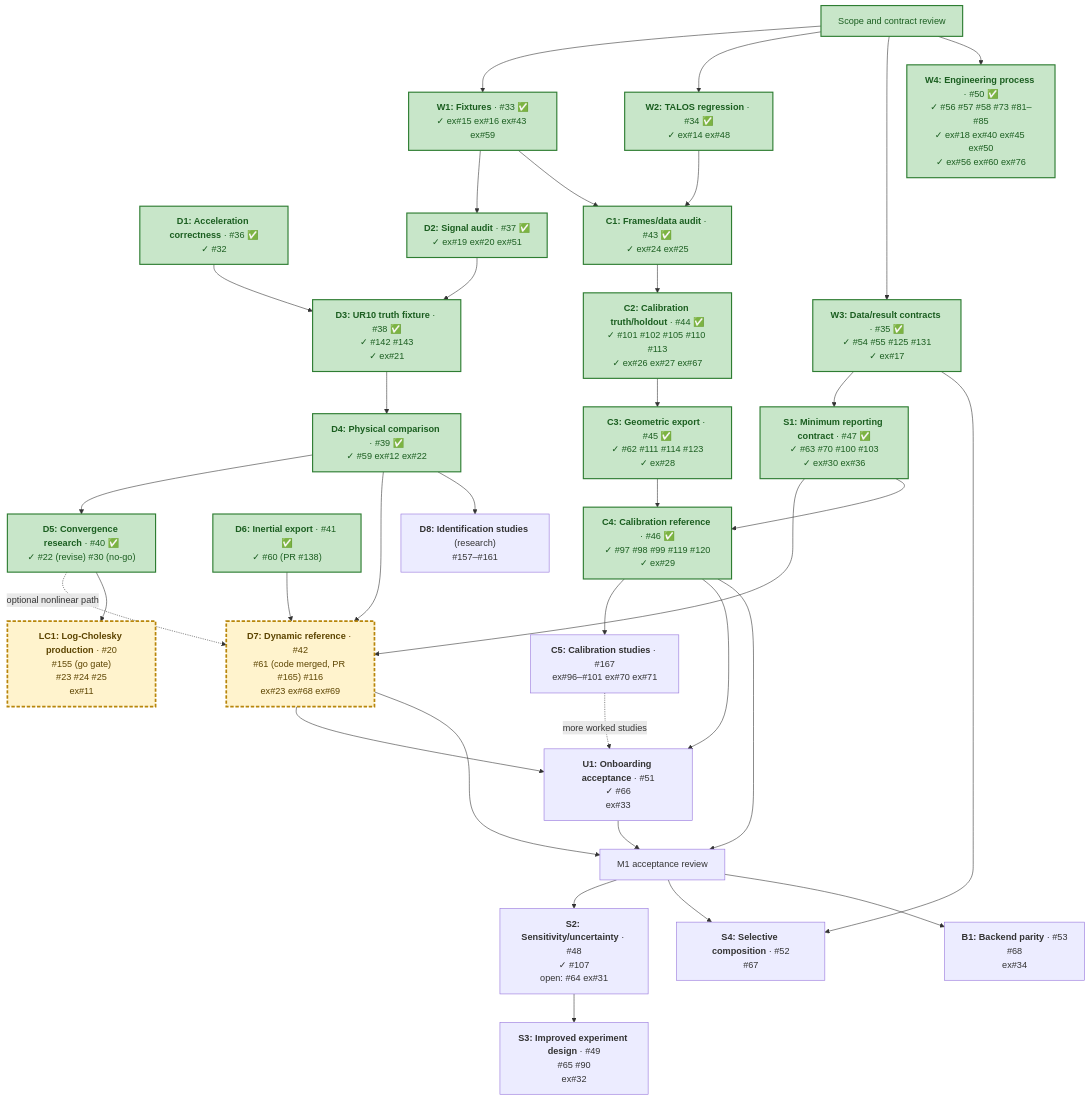
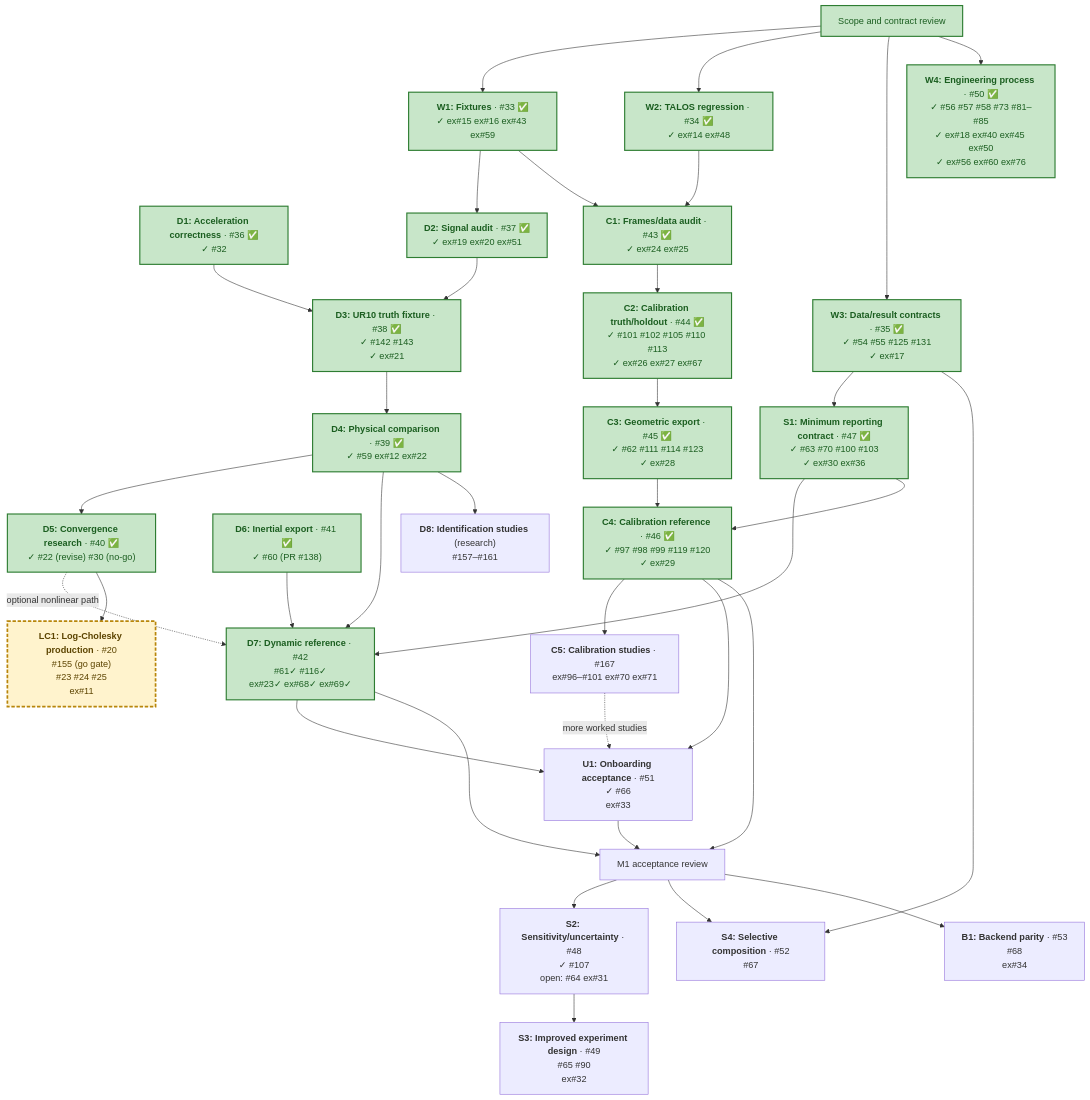
The diagram in docs/plans/identification-calibration-delivery.md (thanhndv212/figaroh-plus), drawn with Mermaid before and after one commit. The commit also changed other lines of this file and 1 other file, not shown here.

First line of the commit message:
docs(plans): record D4 and D7 as cleared

````diff
--- a/docs/plans/identification-calibration-delivery.md
+++ b/docs/plans/identification-calibration-delivery.md
@@ -77,70 +77,70 @@
 ```mermaid
 flowchart TD
     R["Scope and contract review"]
     W1["<b>W1: Fixtures</b> · #33 ✅<br/>✓ ex#15 ex#16 ex#43 ex#59"]
     W2["<b>W2: TALOS regression</b> · #34 ✅<br/>✓ ex#14 ex#48"]
     W3["<b>W3: Data/result contracts</b> · #35 ✅<br/>✓ #54 #55 #125 #131<br/>✓ ex#17"]
     W4["<b>W4: Engineering process</b> · #50 ✅<br/>✓ #56 #57 #58 #73 #81–#85<br/>✓ ex#18 ex#40 ex#45 ex#50<br/>✓ ex#56 ex#60 ex#76"]
     D1["<b>D1: Acceleration correctness</b> · #36 ✅<br/>✓ #32"]
     D2["<b>D2: Signal audit</b> · #37 ✅<br/>✓ ex#19 ex#20 ex#51"]
     D3["<b>D3: UR10 truth fixture</b> · #38 ✅<br/>✓ #142 #143<br/>✓ ex#21"]
     D4["<b>D4: Physical comparison</b> · #39 ✅<br/>✓ #59 ex#12 ex#22"]
     D5["<b>D5: Convergence research</b> · #40 ✅<br/>✓ #22 (revise) #30 (no-go)"]
     D6["<b>D6: Inertial export</b> · #41 ✅<br/>✓ #60 (PR #138)"]
-    D7["<b>D7: Dynamic reference</b> · #42<br/>#61 (code merged, PR #165) #116<br/>ex#23 ex#68 ex#69"]
+    D7["<b>D7: Dynamic reference</b> · #42<br/>#61✓ #116✓<br/>ex#23✓ ex#68✓ ex#69✓"]
     C1["<b>C1: Frames/data audit</b> · #43 ✅<br/>✓ ex#24 ex#25"]
     C2["<b>C2: Calibration truth/holdout</b> · #44 ✅<br/>✓ #101 #102 #105 #110 #113<br/>✓ ex#26 ex#27 ex#67"]
     C3["<b>C3: Geometric export</b> · #45 ✅<br/>✓ #62 #111 #114 #123<br/>✓ ex#28"]
     C4["<b>C4: Calibration reference</b> · #46 ✅<br/>✓ #97 #98 #99 #119 #120<br/>✓ ex#29"]
     C5["<b>C5: Calibration studies</b> · #167<br/>ex#96–#101 ex#70 ex#71"]
     D8["<b>D8: Identification studies</b> (research)<br/>#157–#161"]
     S1["<b>S1: Minimum reporting contract</b> · #47 ✅<br/>✓ #63 #70 #100 #103<br/>✓ ex#30 ex#36"]
     U1["<b>U1: Onboarding acceptance</b> · #51<br/>✓ #66<br/>ex#33"]
     A["M1 acceptance review"]
     S2["<b>S2: Sensitivity/uncertainty</b> · #48<br/>✓ #107<br/>open: #64 ex#31"]
     S3["<b>S3: Improved experiment design</b> · #49<br/>#65 #90<br/>ex#32"]
     S4["<b>S4: Selective composition</b> · #52<br/>#67"]
     B1["<b>B1: Backend parity</b> · #53<br/>#68<br/>ex#34"]
     LC1["<b>LC1: Log-Cholesky production</b> · #20<br/>#155 (go gate)<br/>#23 #24 #25<br/>ex#11"]
 
     R --> W1
     R --> W2
     R --> W3
     R --> W4
     W1 --> D2
     D1 --> D3
     D2 --> D3
     D3 --> D4
     D4 --> D5
     D6 --> D7
     D4 --> D7
     D5 -. optional nonlinear path .-> D7
     D5 --> LC1
     W1 --> C1
     W2 --> C1
     C1 --> C2
     C2 --> C3
     C3 --> C4
     C4 --> C5
     D4 --> D8
     C5 -. more worked studies .-> U1
     W3 --> S1
     S1 --> D7
     S1 --> C4
     D7 --> U1
     C4 --> U1
     D7 --> A
     C4 --> A
     U1 --> A
     A --> S2
     S2 --> S3
     A --> S4
     W3 --> S4
     A --> B1
 
     classDef cleared fill:#c8e6c9,stroke:#2e7d32,stroke-width:2px,color:#1b5e20
     classDef ready fill:#fff3cd,stroke:#b8860b,color:#5c4400
-    class R,W1,W2,W3,W4,D1,D2,C1,C2,C3,S1,D6,C4,D3,D4,D5 cleared
-    class D7,LC1 active
+    class R,W1,W2,W3,W4,D1,D2,C1,C2,C3,S1,D6,C4,D3,D4,D5,D7 cleared
+    class LC1 active
     classDef active fill:#fff3cd,stroke:#b8860b,stroke-width:3px,stroke-dasharray:6 3,color:#5c4400
 ```
````
